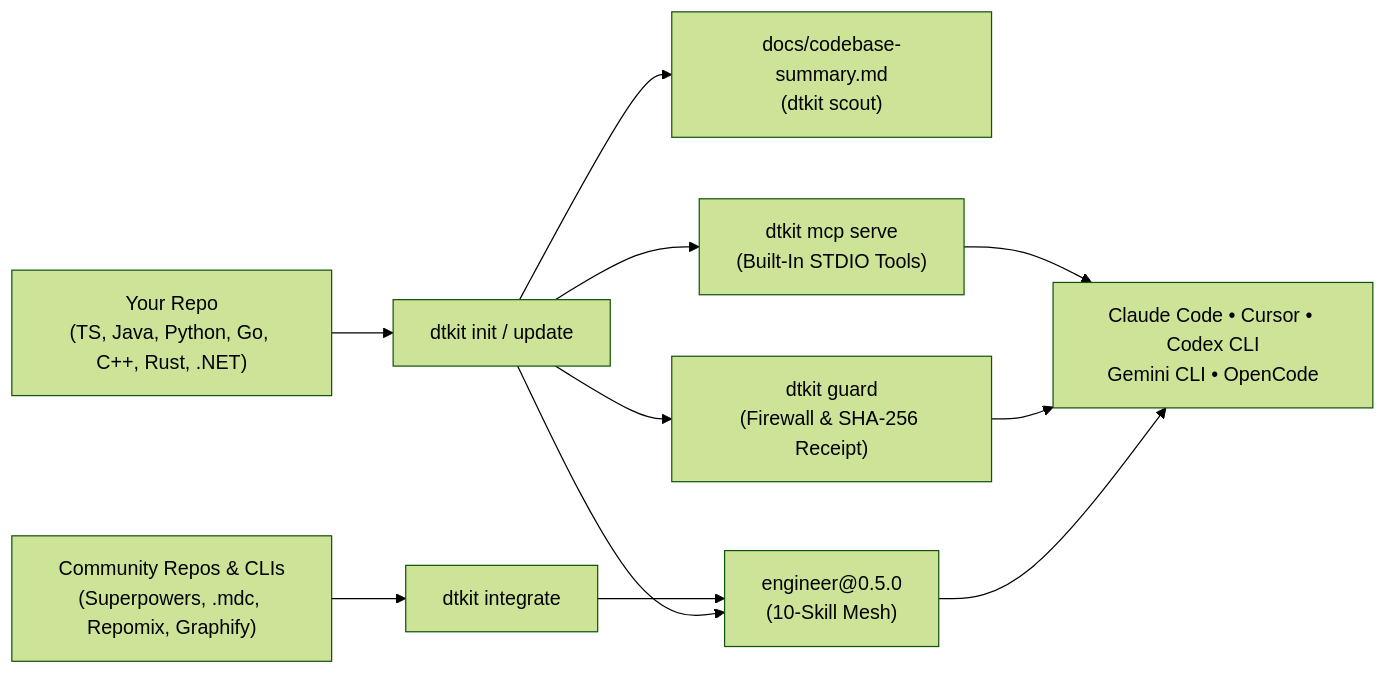
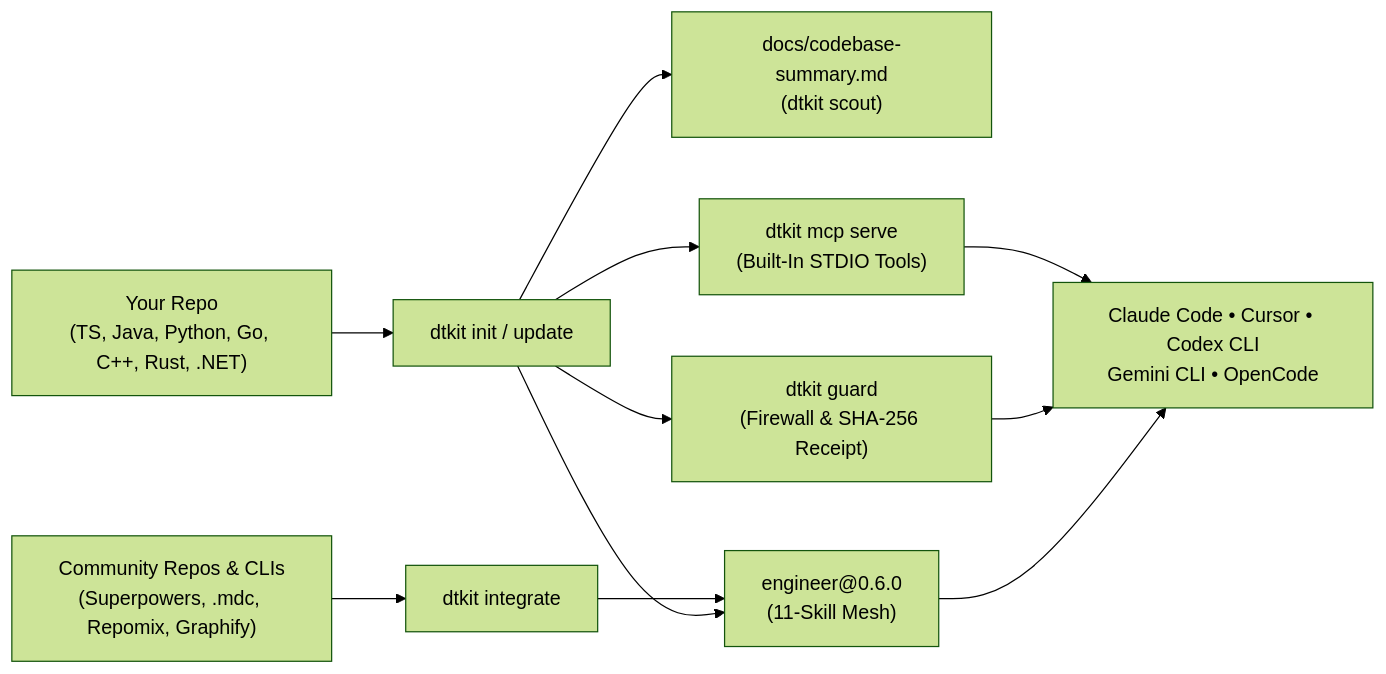
Before and after one commit to truong-newbie/Agent_Kit_Impl: the first of 2 diagrams in README.md, drawn with Mermaid (forest theme). The commit also changed other lines of this file and 43 other files, not shown here.

````diff
--- a/README.md
+++ b/README.md
@@ -44,13 +44,13 @@
 ```mermaid
 flowchart LR
     Repo["Your Repo\n(TS, Java, Python, Go, C++, Rust, .NET)"] --> Init["dtkit init / update"]
     Init --> Scout["docs/codebase-summary.md\n(dtkit scout)"]
-    Init --> Kit["engineer@0.5.0\n(10-Skill Mesh)"]
+    Init --> Kit["engineer@0.6.0\n(11-Skill Mesh)"]
     Init --> Guard["dtkit guard\n(Firewall & SHA-256 Receipt)"]
     Init --> MCP["dtkit mcp serve\n(Built-In STDIO Tools)"]
     Ext["Community Repos & CLIs\n(Superpowers, .mdc, Repomix, Graphify)"] --> Integrate["dtkit integrate"]
     Integrate --> Kit
     Kit --> Agents["Claude Code • Cursor • Codex CLI\nGemini CLI • OpenCode"]
     Guard --> Agents
     MCP --> Agents
 ```
````
